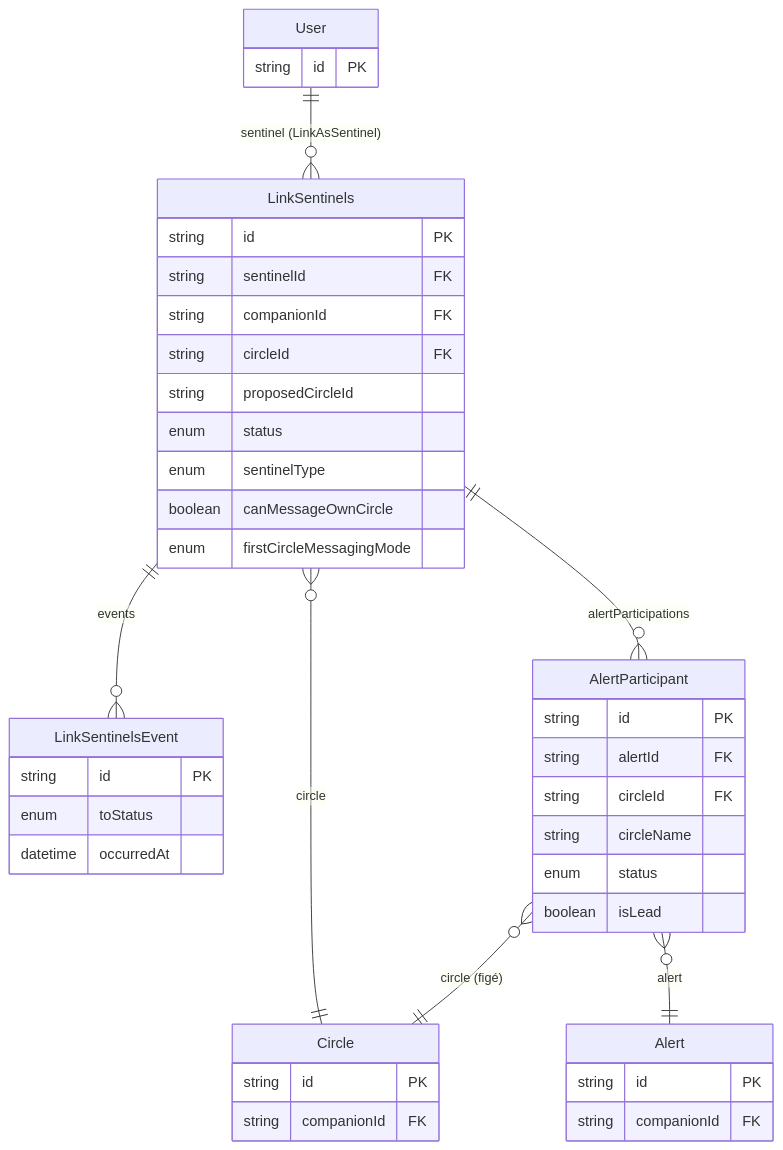
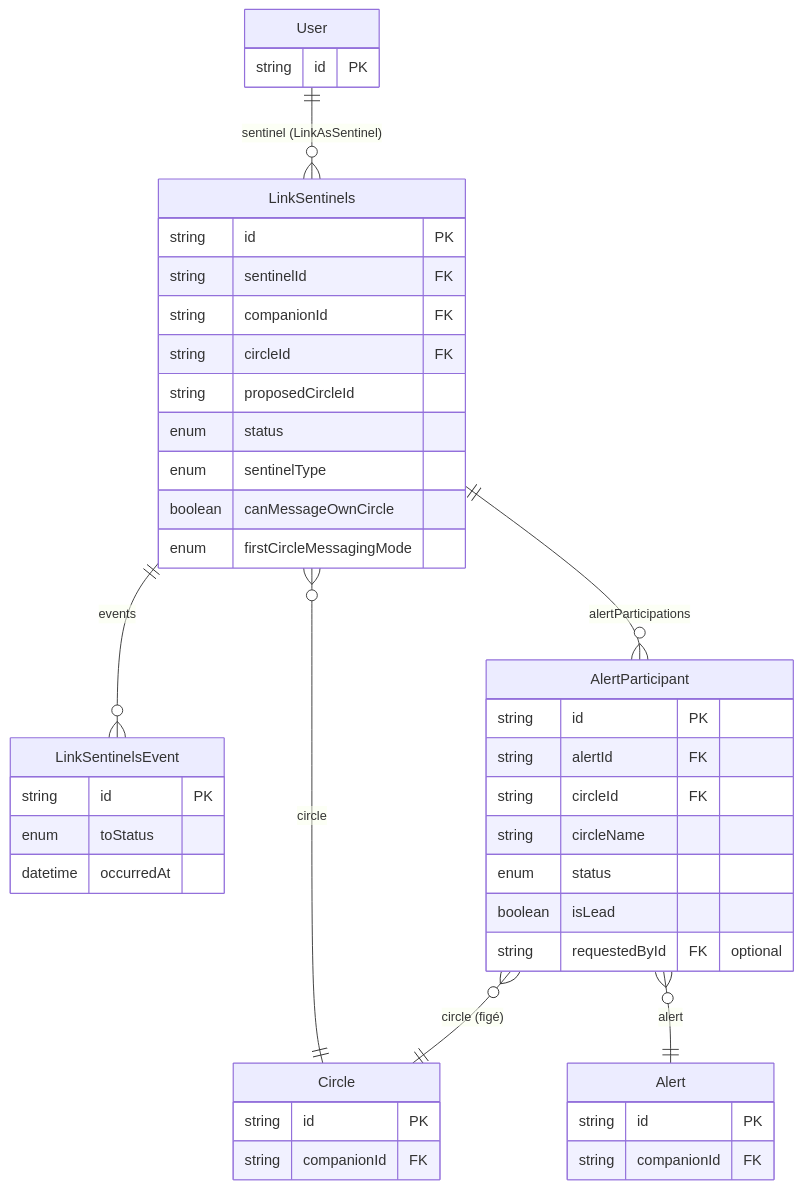
Before and after one commit to Sylvfo/MySentinelCircle: the second of 5 diagrams in backend/prisma/DB_schema.md, drawn with Mermaid. The commit also changed other lines of this file and 18 other files, not shown here.

````diff
--- a/backend/prisma/DB_schema.md
+++ b/backend/prisma/DB_schema.md
@@ -125,45 +134,46 @@
 ```mermaid
 erDiagram
   User              ||--o{ LinkSentinels      : "sentinel (LinkAsSentinel)"
   LinkSentinels     }o--||  Circle            : "circle"
   LinkSentinels     ||--o{ LinkSentinelsEvent : "events"
   LinkSentinels     ||--o{ AlertParticipant   : "alertParticipations"
   AlertParticipant  }o--||  Alert             : "alert"
   AlertParticipant  }o--||  Circle            : "circle (figé)"
 
   User {
     string id PK
   }
   LinkSentinels {
     string id PK
     string sentinelId FK
     string companionId FK
     string circleId FK
     string proposedCircleId
     enum   status
     enum   sentinelType
     boolean canMessageOwnCircle
     enum   firstCircleMessagingMode
   }
   Circle {
     string id PK
     string companionId FK
   }
   LinkSentinelsEvent {
     string id PK
     enum   toStatus
     datetime occurredAt
   }
   AlertParticipant {
     string id PK
     string alertId FK
     string circleId FK
     string circleName
     enum   status
     boolean isLead
+    string requestedById FK "optional"
   }
   Alert {
     string id PK
     string companionId FK
   }
 ```
````
